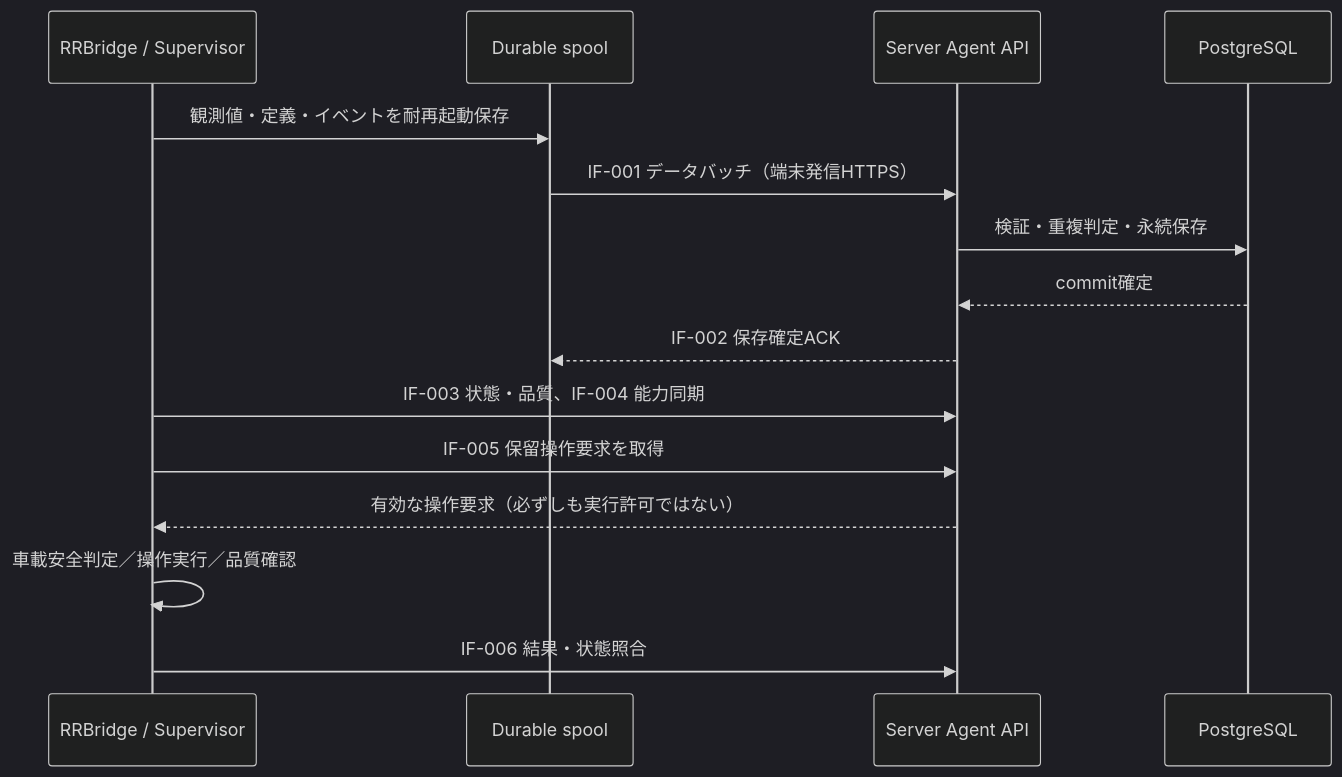
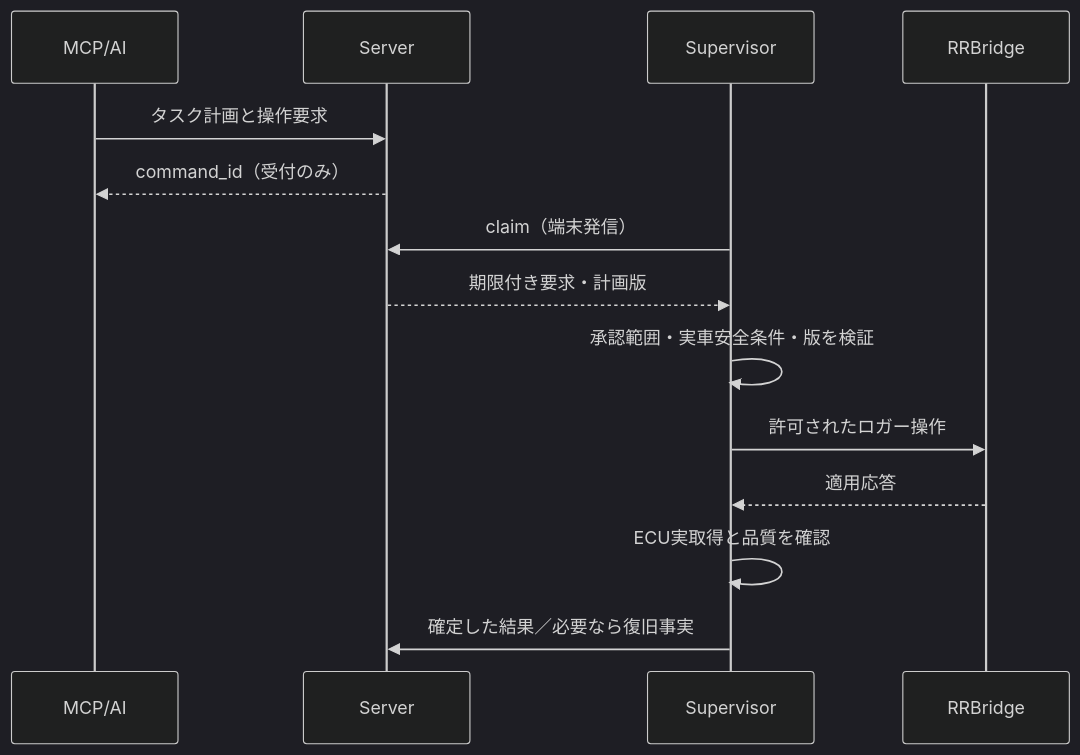
Before and after one commit to zawa356/RomRaiderServer: the second of 2 diagrams in docs/interfaces/server_agent.md, drawn with Mermaid (dark theme). The commit also changed other lines of this file, not shown here.

````diff
--- a/docs/interfaces/server_agent.md
+++ b/docs/interfaces/server_agent.md
@@ -23,17 +61,16 @@
 ```mermaid
 sequenceDiagram
-    participant RR as RRBridge / Supervisor
-    participant SP as Durable spool
-    participant API as Server Agent API
-    participant DB as PostgreSQL
-    RR->>SP: 観測値・定義・イベントを耐再起動保存
-    SP->>API: IF-001 データバッチ（端末発信HTTPS）
-    API->>DB: 検証・重複判定・永続保存
-    DB-->>API: commit確定
-    API-->>SP: IF-002 保存確定ACK
-    RR->>API: IF-003 状態・品質、IF-004 能力同期
-    RR->>API: IF-005 保留操作要求を取得
-    API-->>RR: 有効な操作要求（必ずしも実行許可ではない）
-    RR->>RR: 車載安全判定／操作実行／品質確認
-    RR->>API: IF-006 結果・状態照合
+    participant AI as MCP/AI
+    participant S as Server
+    participant A as Supervisor
+    participant RR as RRBridge
+    AI->>S: タスク計画と操作要求
+    S-->>AI: command_id（受付のみ）
+    A->>S: claim（端末発信）
+    S-->>A: 期限付き要求・計画版
+    A->>A: 承認範囲・実車安全条件・版を検証
+    A->>RR: 許可されたロガー操作
+    RR-->>A: 適用応答
+    A->>A: ECU実取得と品質を確認
+    A->>S: 確定した結果／必要なら復旧事実
 ```
````
